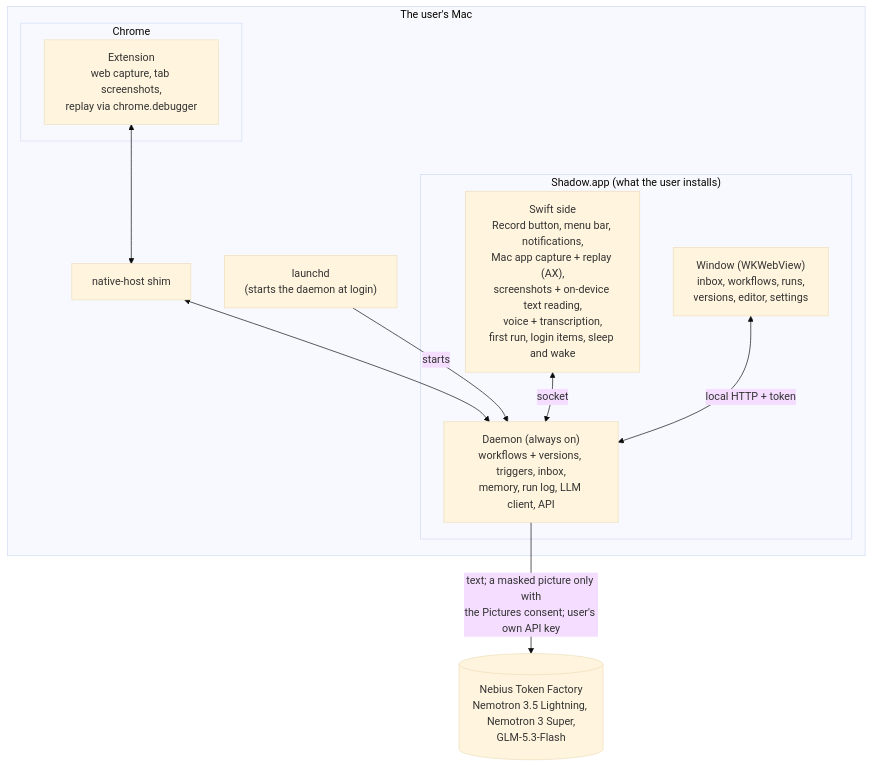
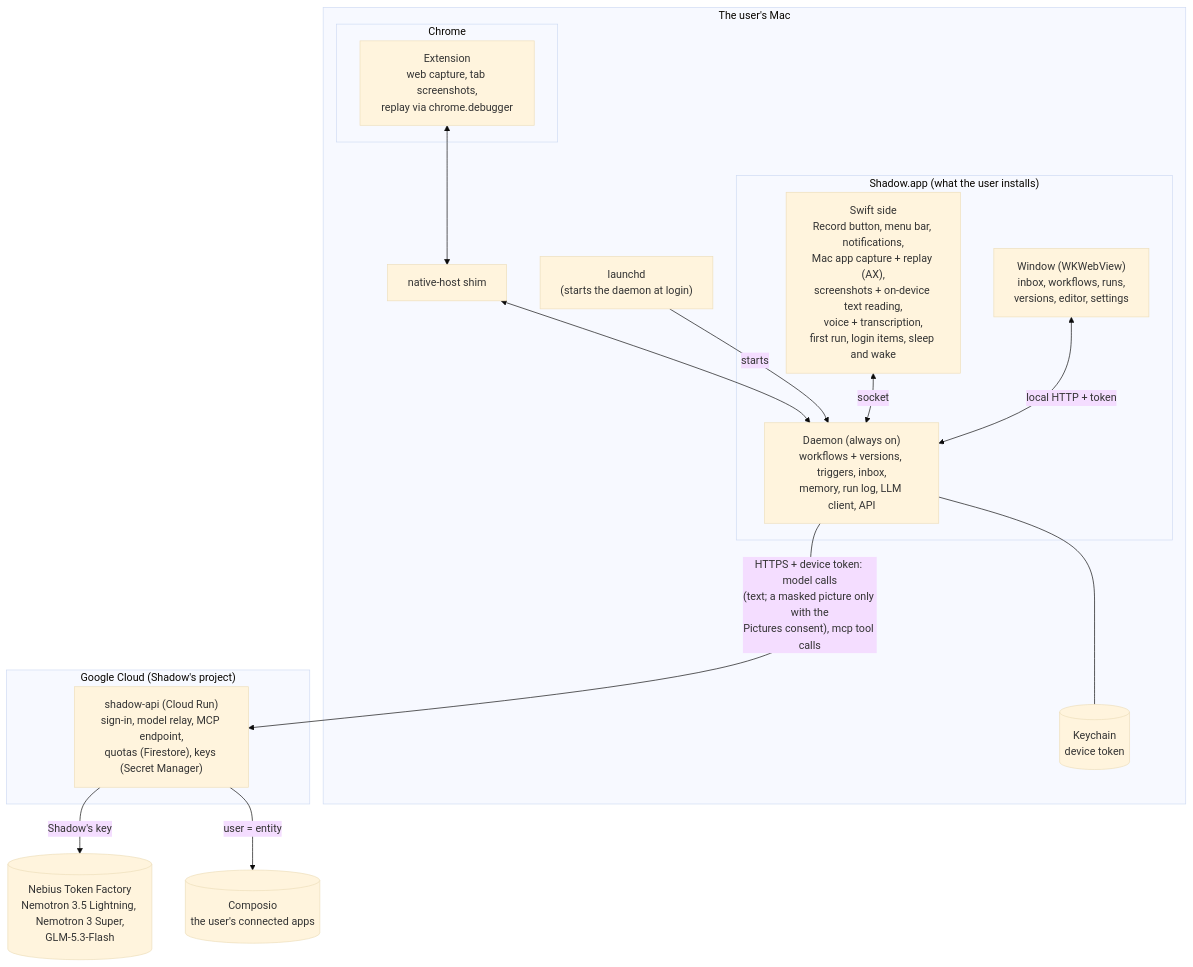
Before and after one commit to Akshat-Soni02/nxn-global-ai-hackathon-personal-agent: the fourth of 4 diagrams in docs/design.md, drawn with Mermaid (base theme). The commit also changed other lines of this file and 3 other files, not shown here.

Commit message:
docs: design, readme and product for Shadow managed (sign in, shadow-api, mcp steps, connected apps)

````diff
--- a/docs/design.md
+++ b/docs/design.md
@@ -488,21 +492,29 @@
 ```mermaid
 flowchart TB
   subgraph mac["The user's Mac"]
     L["launchd<br/>(starts the daemon at login)"]
     subgraph app["Shadow.app (what the user installs)"]
       D["Daemon (always on)<br/>workflows + versions, triggers, inbox,<br/>memory, run log, LLM client, API"]
       A["Swift side<br/>Record button, menu bar, notifications,<br/>Mac app capture + replay (AX),<br/>screenshots + on-device text reading,<br/>voice + transcription,<br/>first run, login items, sleep and wake"]
       W["Window (WKWebView)<br/>inbox, workflows, runs,<br/>versions, editor, settings"]
     end
     subgraph chrome["Chrome"]
       X["Extension<br/>web capture, tab screenshots,<br/>replay via chrome.debugger"]
     end
     S["native-host shim"]
+    K[("Keychain<br/>device token")]
+  end
+  subgraph gcp["Google Cloud (Shadow's project)"]
+    API["shadow-api (Cloud Run)<br/>sign-in, model relay, MCP endpoint,<br/>quotas (Firestore), keys (Secret Manager)"]
   end
   N[("Nebius Token Factory<br/>Nemotron 3.5 Lightning, Nemotron 3 Super,<br/>GLM-5.3-Flash")]
+  C[("Composio<br/>the user's connected apps")]
   X <--> S <--> D
   L -- starts --> D
   A <-- socket --> D
   W <-- "local HTTP + token" --> D
-  D -- "text; a masked picture only with<br/>the Pictures consent; user's own API key" --> N
+  D --- K
+  D -- "HTTPS + device token: model calls<br/>(text; a masked picture only with the<br/>Pictures consent), mcp tool calls" --> API
+  API -- "Shadow's key" --> N
+  API -- "user = entity" --> C
 ```
````
